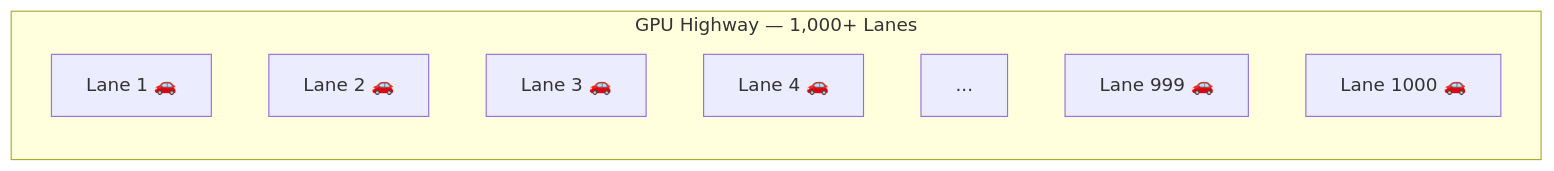
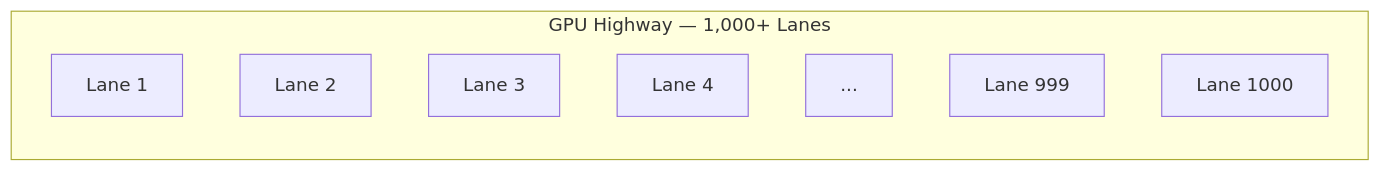
The third of 8 diagrams in docs/hackathon/cpu-vs-gpu-explained.md (FransVanEk/Actus-Insurance.Documentation), drawn with Mermaid before and after one commit. The commit also changed other lines of this file and 5 other files, not shown here.

Commit message:
Enhance Mermaid diagram styling and integrate global class definitions for consistent theming across diagrams

````diff
--- a/docs/hackathon/cpu-vs-gpu-explained.md
+++ b/docs/hackathon/cpu-vs-gpu-explained.md
@@ -84,12 +84,12 @@
 ```mermaid
 graph LR
     subgraph "GPU Highway — 1,000+ Lanes"
-        L1["Lane 1 🚗"]
-        L2["Lane 2 🚗"]
-        L3["Lane 3 🚗"]
-        L4["Lane 4 🚗"]
+        L1["Lane 1"]
+        L2["Lane 2"]
+        L3["Lane 3"]
+        L4["Lane 4"]
         L5["..."]
-        L6["Lane 999 🚗"]
-        L7["Lane 1000 🚗"]
+        L6["Lane 999"]
+        L7["Lane 1000"]
     end
 ```
````
